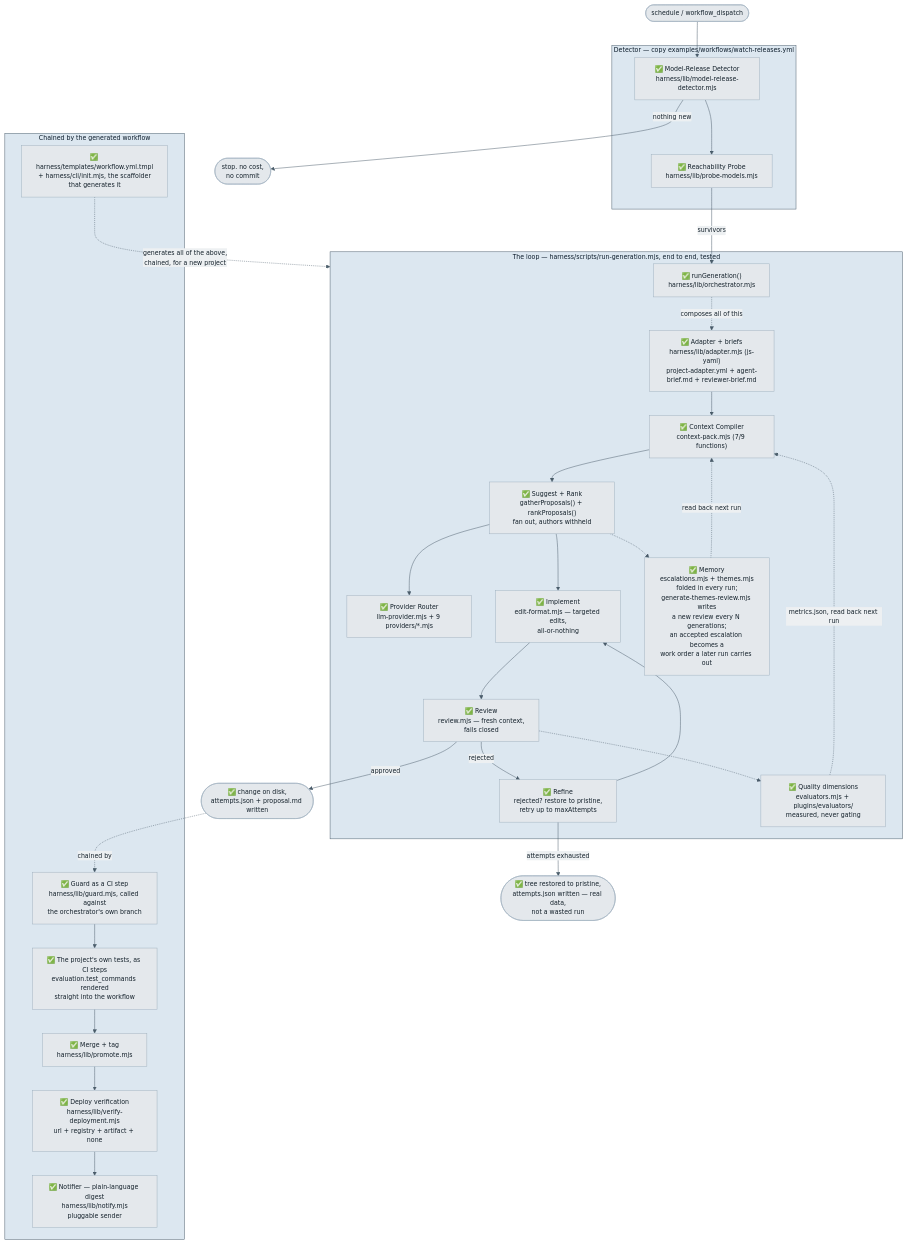
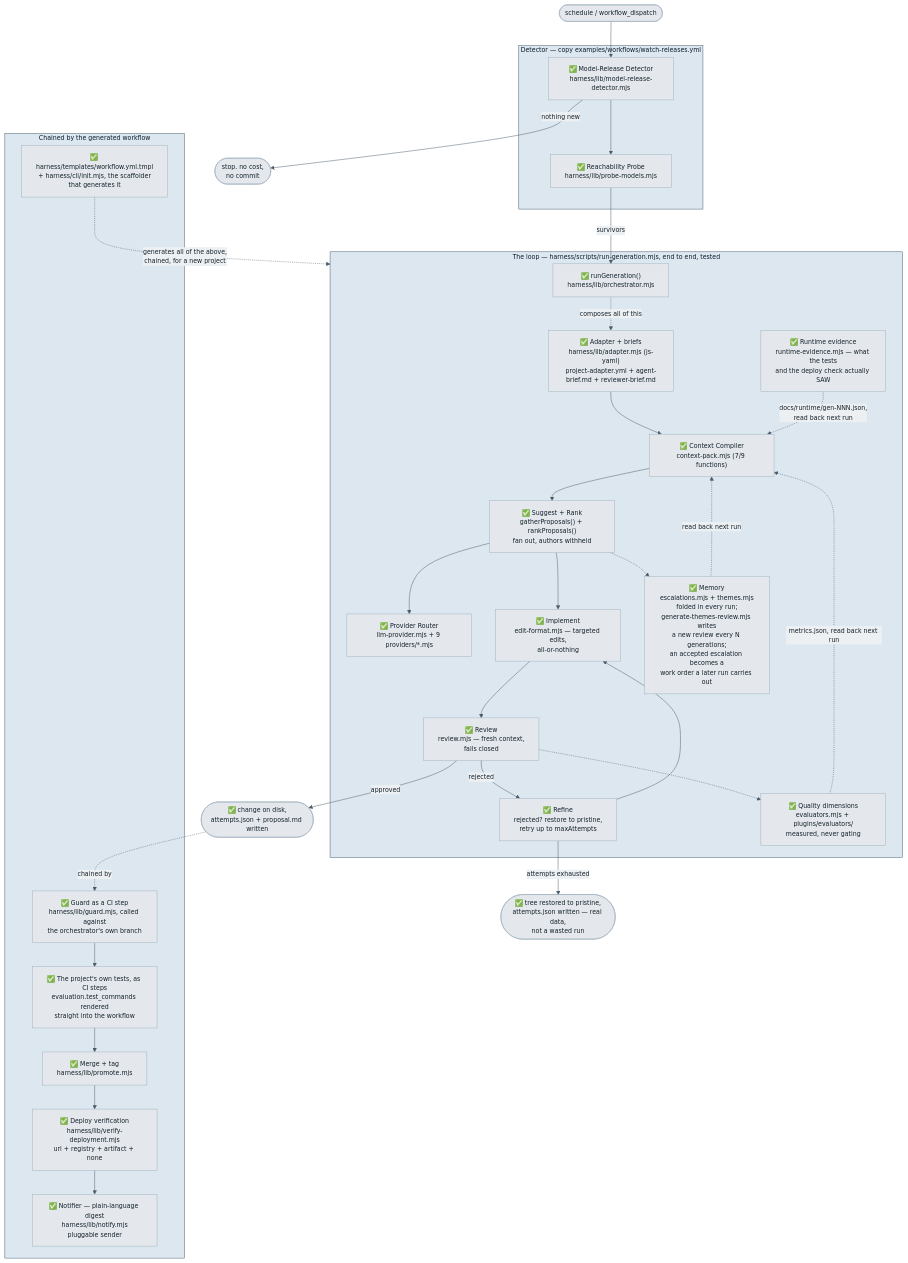
The second of 4 diagrams in ARCHITECTURE.md (Chrisfoz/self-optimisation), drawn with Mermaid before and after one commit. The commit also changed 16 other files, not shown here.

First line of the commit message:
Runtime evidence: what the run actually saw, not what it decided

````diff
--- a/ARCHITECTURE.md
+++ b/ARCHITECTURE.md
@@ -74,57 +74,59 @@
 ```mermaid
 %%{init: {"theme":"base","themeVariables":{"fontSize":"13px","primaryColor":"#E4E8EC","primaryTextColor":"#14212B","primaryBorderColor":"#9FB0BE","lineColor":"#4A5C6A","secondaryColor":"#DCE7F0","tertiaryColor":"#F3E3D4","clusterBkg":"#F6F8F9","clusterBorder":"#9FB0BE","edgeLabelBackground":"#EDF0F2","textColor":"#14212B"}}}%%
 flowchart TD
   cron(["schedule / workflow_dispatch"]) --> detector
 
   subgraph detect["Detector — copy examples/workflows/watch-releases.yml"]
     detector["✅ Model-Release Detector<br/>harness/lib/model-release-detector.mjs"]
     probe["✅ Reachability Probe<br/>harness/lib/probe-models.mjs"]
     detector --> probe
   end
 
   detector -->|"nothing new"| idle(["stop. no cost,<br/>no commit"])
   probe -->|"survivors"| rungen
 
   subgraph loop["The loop — harness/scripts/run-generation.mjs, end to end, tested"]
     adapter["✅ Adapter + briefs<br/>harness/lib/adapter.mjs (js-yaml)<br/>project-adapter.yml + agent-brief.md + reviewer-brief.md"]
     rungen["✅ runGeneration()<br/>harness/lib/orchestrator.mjs"]
     router["✅ Provider Router<br/>llm-provider.mjs + 9 providers/*.mjs"]
     context["✅ Context Compiler<br/>context-pack.mjs (7/9 functions)"]
     propose["✅ Suggest + Rank<br/>gatherProposals() + rankProposals()<br/>fan out, authors withheld"]
     executor["✅ Implement<br/>edit-format.mjs — targeted edits,<br/>all-or-nothing"]
     reviewer["✅ Review<br/>review.mjs — fresh context,<br/>fails closed"]
     refine["✅ Refine<br/>rejected? restore to pristine,<br/>retry up to maxAttempts"]
     memory["✅ Memory<br/>escalations.mjs + themes.mjs<br/>folded in every run;<br/>generate-themes-review.mjs writes<br/>a new review every N generations;<br/>an accepted escalation becomes a<br/>work order a later run carries out"]
     evaluators["✅ Quality dimensions<br/>evaluators.mjs + plugins/evaluators/<br/>measured, never gating"]
+    runtime["✅ Runtime evidence<br/>runtime-evidence.mjs — what the tests<br/>and the deploy check actually SAW"]
 
     adapter --> context --> propose
     propose --> router
     propose --> executor --> reviewer
     reviewer -->|"rejected"| refine --> executor
     propose -.-> memory
     memory -.->|"read back next run"| context
     reviewer -.-> evaluators
     evaluators -.->|"metrics.json, read back next run"| context
+    runtime -.->|"docs/runtime/gen-NNN.json,<br/>read back next run"| context
   end
 
   rungen -.->|"composes all of this"| adapter
 
   reviewer -->|"approved"| approved(["✅ change on disk,<br/>attempts.json + proposal.md written"])
   refine -->|"attempts exhausted"| abandoned(["✅ tree restored to pristine,<br/>attempts.json written — real data,<br/>not a wasted run"])
 
   subgraph wired["Chained by the generated workflow"]
     guardstep["✅ Guard as a CI step<br/>harness/lib/guard.mjs, called against<br/>the orchestrator's own branch"]
     teststep["✅ The project's own tests, as CI steps<br/>evaluation.test_commands rendered<br/>straight into the workflow"]
     promote["✅ Merge + tag<br/>harness/lib/promote.mjs"]
     verify["✅ Deploy verification<br/>harness/lib/verify-deployment.mjs<br/>url + registry + artifact + none"]
     notify["✅ Notifier — plain-language digest<br/>harness/lib/notify.mjs<br/>pluggable sender"]
     workflow["✅ harness/templates/workflow.yml.tmpl<br/>+ harness/cli/init.mjs, the scaffolder<br/>that generates it"]
   end
 
   approved -.->|"chained by"| guardstep --> teststep --> promote --> verify --> notify
   workflow -.->|"generates all of the above,<br/>chained, for a new project"| loop
 
   style detect fill:#DCE7F0,stroke:#4A5C6A
   style loop fill:#DCE7F0,stroke:#4A5C6A
   style wired fill:#DCE7F0,stroke:#4A5C6A
 ```
````
